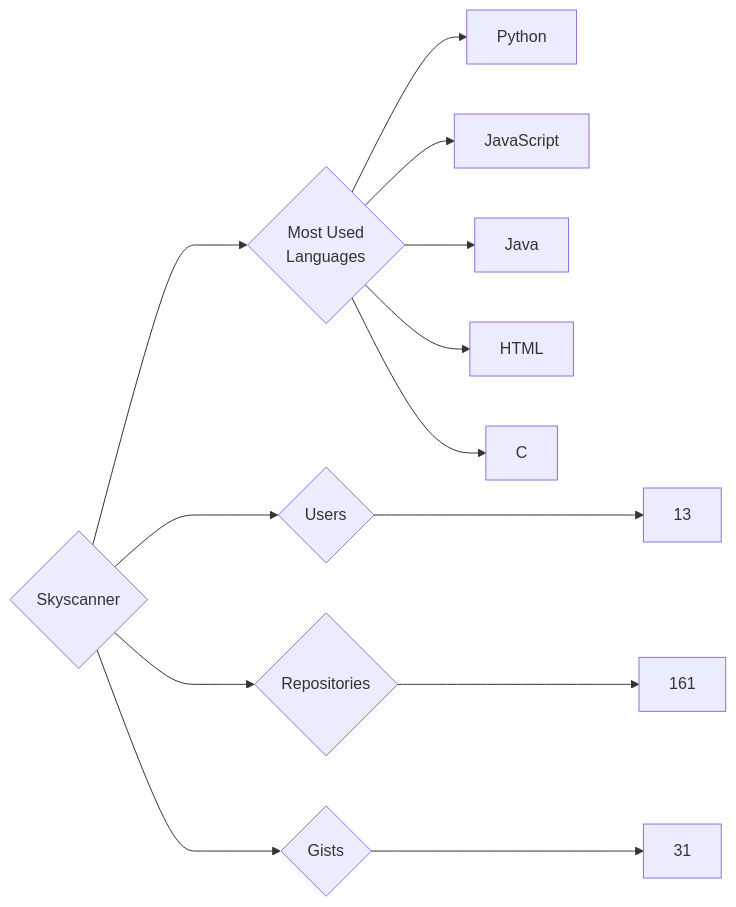
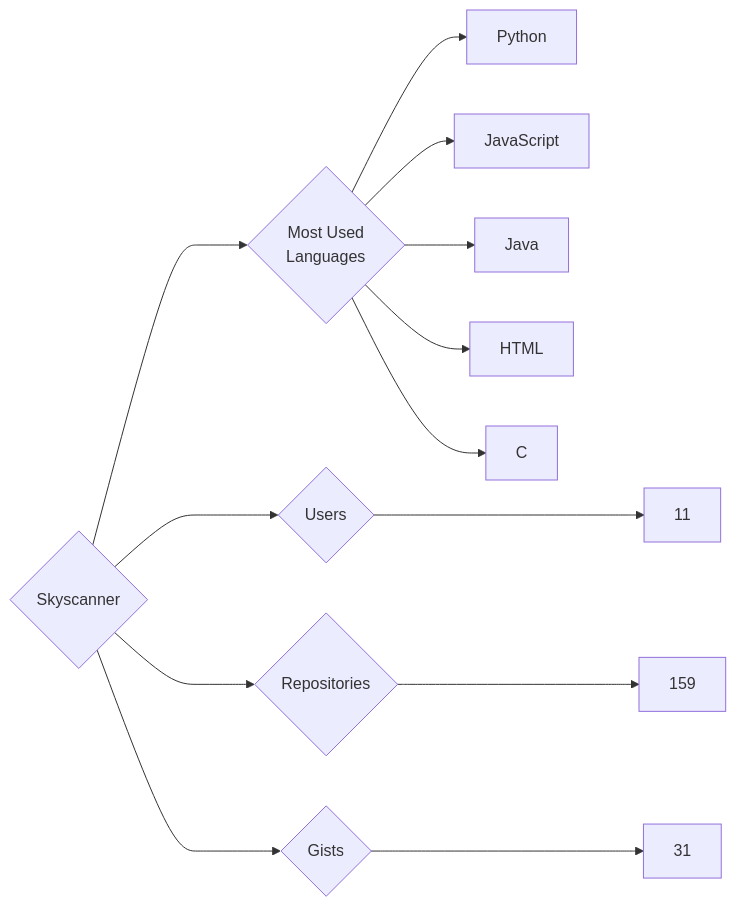
The diagram in targets/Skyscanner/README.md (trickest/insiders), drawn with Mermaid before and after one commit. The commit also changed 940 other files, not shown here.

````diff
--- a/targets/Skyscanner/README.md
+++ b/targets/Skyscanner/README.md
@@ -3,13 +3,13 @@
 ```mermaid
 graph LR
 COMPANY_NAME{Skyscanner}
-COMPANY_NAME ---> U{Users} ---> UN[13]
-COMPANY_NAME ---> R{Repositories} ---> RN[161]
+COMPANY_NAME ---> U{Users} ---> UN[11]
+COMPANY_NAME ---> R{Repositories} ---> RN[159]
 COMPANY_NAME ---> G{Gists} ---> GN[31]
 COMPANY_NAME ---> ML{Most Used<br>Languages}
 ML --> Python[Python]
 ML --> JavaScript[JavaScript]
 ML --> Java[Java]
 ML --> HTML[HTML]
 ML --> C[C]
 ```
````
